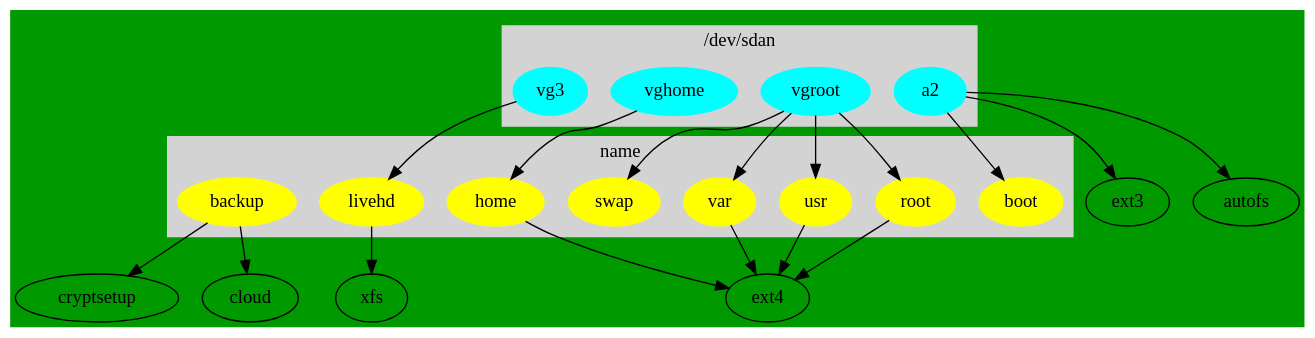
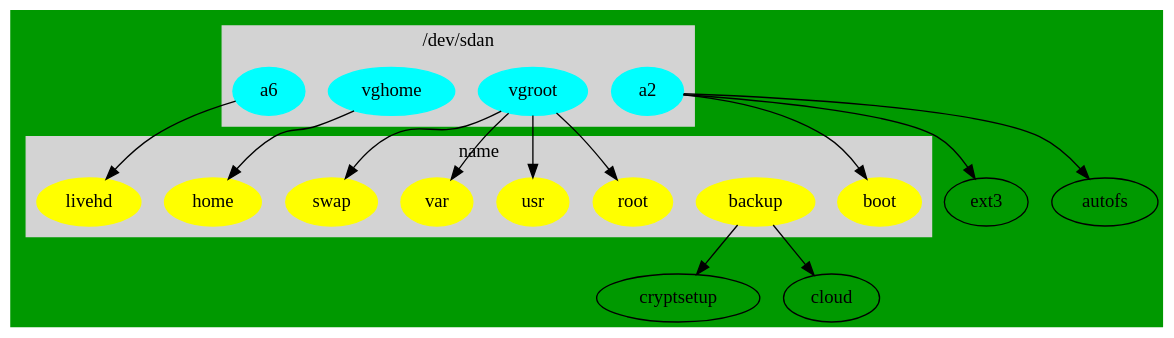
Before and after one commit to cdede/dotfiles: the diagram in dot/.config/dupl/parted.dot, drawn with Graphviz.

Commit message:
loopback loop $isofile  img_dev  img_loop  linux (loop)/arch/boot/abc/vmlinuz

```diff
--- a/dot/.config/dupl/parted.dot
+++ b/dot/.config/dupl/parted.dot
@@ -1,47 +1,43 @@
 // dot -Tpng  parted.dot -o line1.png
+//  default ext4
 digraph G {
   bgcolor ="#009900";
 
 	subgraph cluster_0 {
 		style=filled;
 		color=lightgrey;
 		node [style=filled,color=cyan];
 		a2 ;
                 vgroot;
                 vghome;
-                vg3;
+                a6;
 		label = "/dev/sdan";
 	}
 
 	subgraph cluster_2 {
 		style=filled;
 		color=lightgrey;
 		node [style=filled,color=yellow];
 		boot;
 		backup;
                 livehd;
 		root ;
                 usr;
                 var;
 		swap;
 		home;
 		label = "name";
 	}
 
 	a2 -> boot;
 	a2 -> ext3;
 	a2 -> autofs;
         vgroot -> swap ;
         vgroot -> root ;
-        root -> ext4;
         vgroot -> usr ;
-        usr ->ext4;
         vgroot -> var ;
-        var ->ext4;
         vghome -> home;
-	home -> ext4;
-        vg3 ->livehd;
-        livehd ->xfs;
+        a6 ->livehd;
         backup -> cryptsetup;
         backup -> cloud;
 }
```
